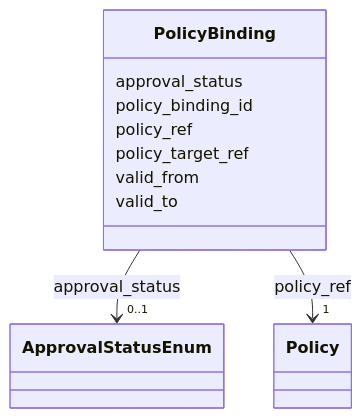
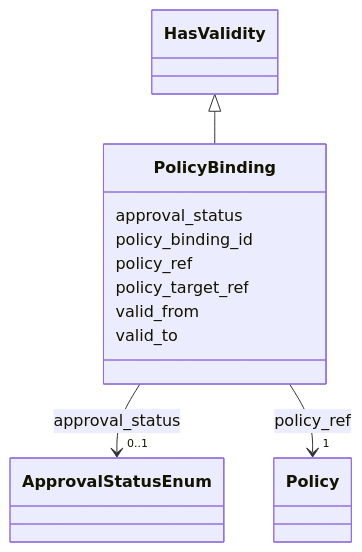
The diagram in generated/artifacts/moex-dams/0.1/diagrams/PolicyBinding.md (oista/moex-data-model), drawn with Mermaid before and after one commit. The commit also changed 84 other files, not shown here.

````diff
--- a/generated/artifacts/moex-dams/0.1/diagrams/PolicyBinding.md
+++ b/generated/artifacts/moex-dams/0.1/diagrams/PolicyBinding.md
@@ -4,36 +4,39 @@
 ```mermaid
  classDiagram
     class PolicyBinding
     click PolicyBinding href "../PolicyBinding"
+      HasValidity <|-- PolicyBinding
+        click HasValidity href "../HasValidity"
+      
       PolicyBinding : approval_status
         
           
     
         
         
         PolicyBinding --> "0..1" ApprovalStatusEnum : approval_status
         click ApprovalStatusEnum href "../ApprovalStatusEnum"
     
 
         
       PolicyBinding : policy_binding_id
         
       PolicyBinding : policy_ref
         
           
     
         
         
         PolicyBinding --> "1" Policy : policy_ref
         click Policy href "../Policy"
     
 
         
       PolicyBinding : policy_target_ref
         
       PolicyBinding : valid_from
         
       PolicyBinding : valid_to
         
       
 ```
````
